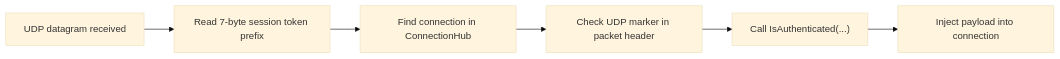
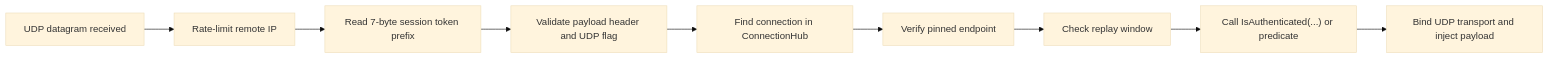
One commit to ppn-systems/Nalix changed the diagram in docs/guides/networking/udp-security.md. Above: the diagram before and after it, drawn with Mermaid (base theme). The commit also changed other lines of this file and 114 other files, not shown here.

````diff
--- a/docs/guides/networking/udp-security.md
+++ b/docs/guides/networking/udp-security.md
@@ -31,8 +34,11 @@
 ```mermaid
 flowchart LR
-    A["UDP datagram received"] --> B["Read 7-byte session token prefix"]
-    B --> C["Find connection in ConnectionHub"]
-    C --> D["Check UDP marker in packet header"]
-    D --> E["Call IsAuthenticated(...)"]
-    E --> F["Inject payload into connection"]
+    A["UDP datagram received"] --> B["Rate-limit remote IP"]
+    B --> C["Read 7-byte session token prefix"]
+    C --> D["Validate payload header and UDP flag"]
+    D --> E["Find connection in ConnectionHub"]
+    E --> F["Verify pinned endpoint"]
+    F --> G["Check replay window"]
+    G --> H["Call IsAuthenticated(...) or predicate"]
+    H --> I["Bind UDP transport and inject payload"]
 ```
````
